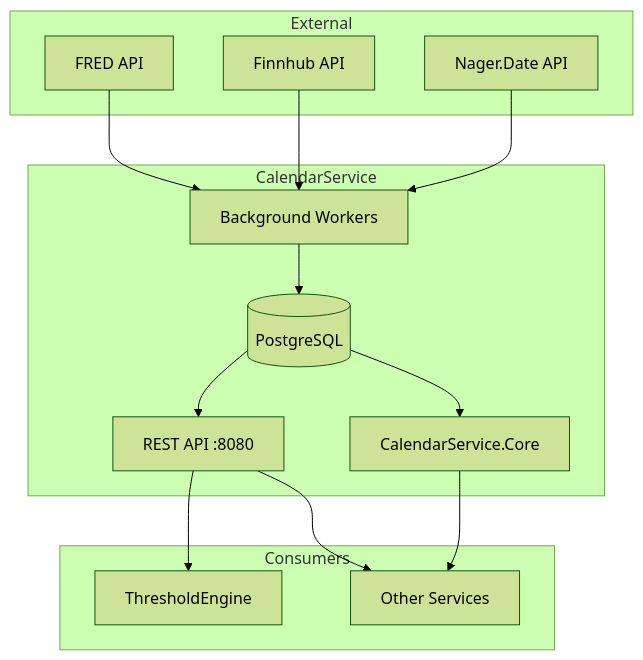
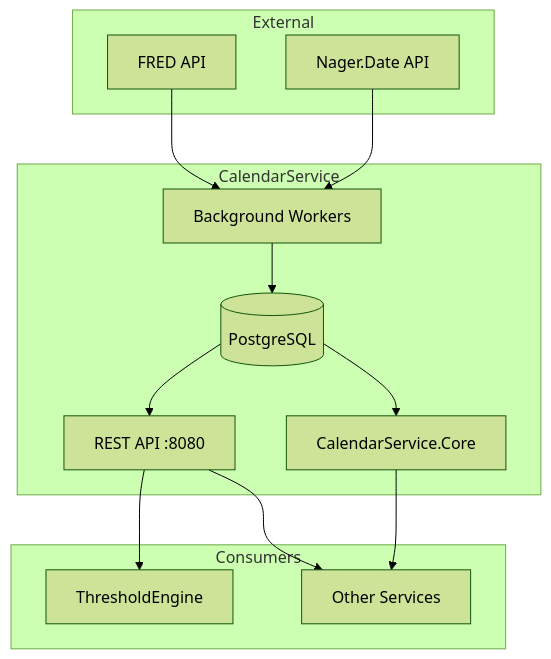
The diagram in CalendarService/README.md (jpansarasa/ATLAS-Docs), drawn with Mermaid (forest theme) before and after one commit. The commit also changed other lines of this file and 22 other files, not shown here.

````diff
--- a/CalendarService/README.md
+++ b/CalendarService/README.md
@@ -11,30 +11,28 @@
 ```mermaid
 flowchart TD
     subgraph External
         FRED[FRED API]
-        FH[Finnhub API]
         NAGER[Nager.Date API]
     end
 
     subgraph CalendarService
         WORKERS[Background Workers]
         DB[(PostgreSQL)]
         API[REST API :8080]
         CORE[CalendarService.Core]
     end
 
     subgraph Consumers
         TE[ThresholdEngine]
         APPS[Other Services]
     end
 
     FRED --> WORKERS
-    FH --> WORKERS
     NAGER --> WORKERS
     WORKERS --> DB
     DB --> API
     DB --> CORE
     API --> TE
     API --> APPS
     CORE --> APPS
 ```
````
